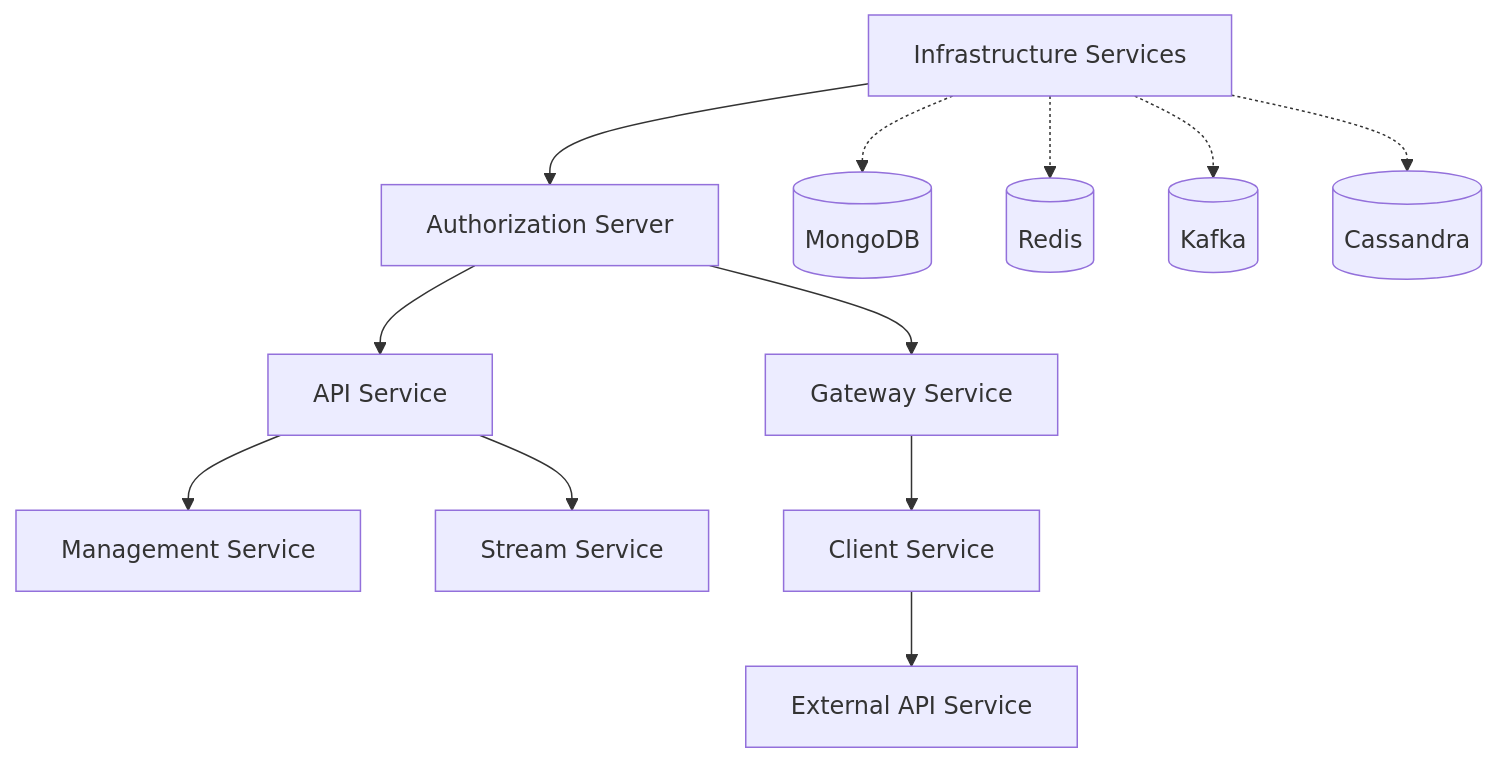
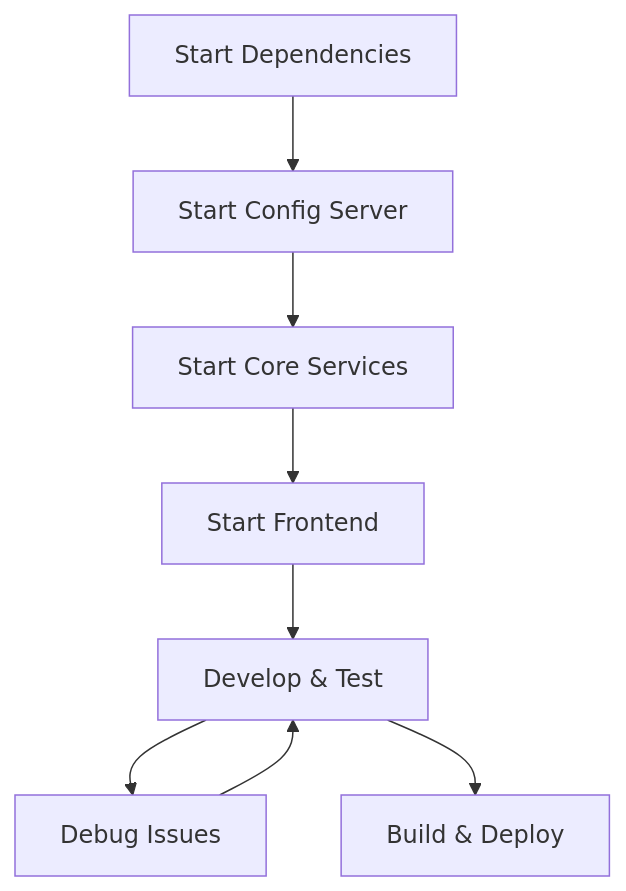
The diagram in docs/development/setup/local-development.md (Praesto-Pro/openframe-oss-tenant), drawn with Mermaid before and after one commit. The commit also changed other lines of this file and 174 other files, not shown here.

````diff
--- a/docs/development/setup/local-development.md
+++ b/docs/development/setup/local-development.md
@@ -15,15 +11,10 @@
 ```mermaid
-graph TD
-    Infrastructure[Infrastructure Services] --> Auth[Authorization Server]
-    Auth --> API[API Service]
-    Auth --> Gateway[Gateway Service]
-    API --> Management[Management Service]
-    API --> Stream[Stream Service]
-    Gateway --> Client[Client Service]
-    Client --> External[External API Service]
-    
-    Infrastructure -.-> MongoDB[(MongoDB)]
-    Infrastructure -.-> Redis[(Redis)]  
-    Infrastructure -.-> Kafka[(Kafka)]
-    Infrastructure -.-> Cassandra[(Cassandra)]
+flowchart TD
+    A[Start Dependencies] --> B[Start Config Server]
+    B --> C[Start Core Services]
+    C --> D[Start Frontend]
+    D --> E[Develop & Test]
+    E --> F[Debug Issues]
+    F --> E
+    E --> G[Build & Deploy]
 ```
````
